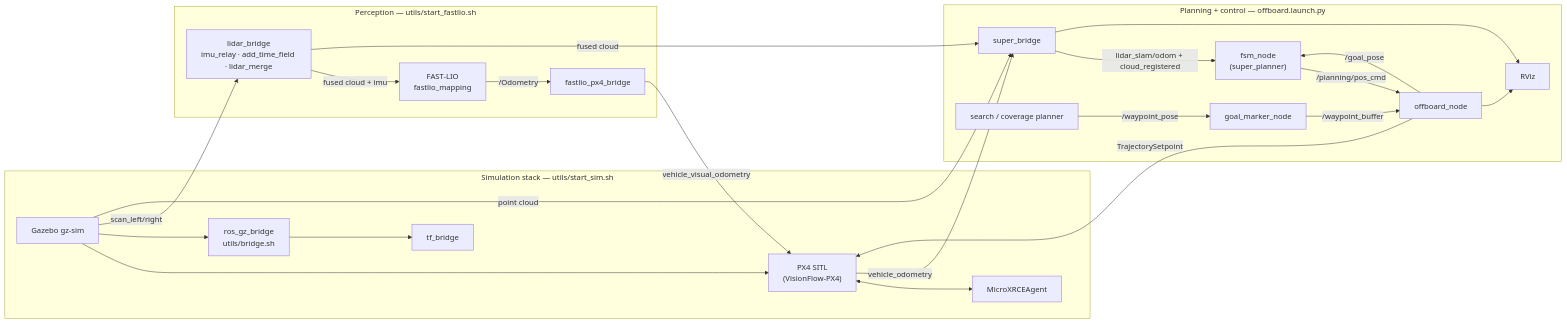
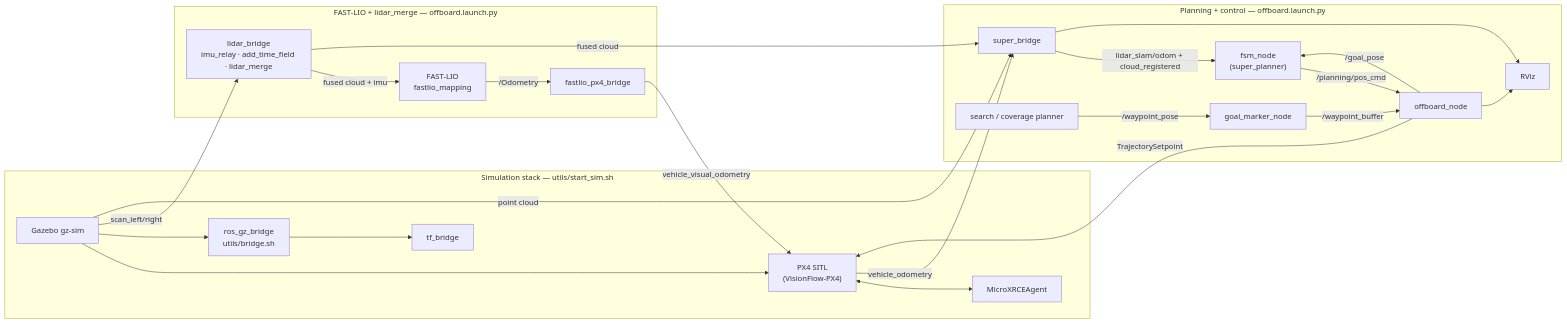
Before and after one commit to henryshum0/YunguProject: the diagram in README.md, drawn with Mermaid. The commit also changed other lines of this file and 5 other files, not shown here.

````diff
--- a/README.md
+++ b/README.md
@@ -166,30 +166,30 @@
 ```mermaid
 flowchart LR
     subgraph sim["Simulation stack — utils/start_sim.sh"]
         GZ["Gazebo gz-sim"] --> PX4["PX4 SITL<br/>(VisionFlow-PX4)"]
         PX4 <--> XRCE["MicroXRCEAgent"]
         GZ --> BR["ros_gz_bridge<br/>utils/bridge.sh"]
         BR --> TF["tf_bridge"]
     end
 
-    subgraph perc["Perception — utils/start_fastlio.sh"]
+    subgraph perc["FAST-LIO + lidar_merge — offboard.launch.py"]
         GZ -->|scan_left/right| LB["lidar_bridge<br/>imu_relay · add_time_field · lidar_merge"]
         LB -->|fused cloud + imu| FL["FAST-LIO<br/>fastlio_mapping"]
         FL -->|/Odometry| FPB["fastlio_px4_bridge"]
         FPB -->|vehicle_visual_odometry| PX4
     end
 
     subgraph plan["Planning + control — offboard.launch.py"]
         PX4 -->|vehicle_odometry| SB["super_bridge"]
         GZ -->|point cloud| SB
         LB -->|fused cloud| SB
         SB -->|lidar_slam/odom + cloud_registered| FSM["fsm_node<br/>(super_planner)"]
         USER["search / coverage planner"] -->|/waypoint_pose| GM["goal_marker_node"]
         GM -->|/waypoint_buffer| OFF["offboard_node"]
         OFF -->|/goal_pose| FSM
         FSM -->|/planning/pos_cmd| OFF
         OFF -->|TrajectorySetpoint| PX4
         SB --> RViz
         OFF --> RViz
     end
 ```
````
